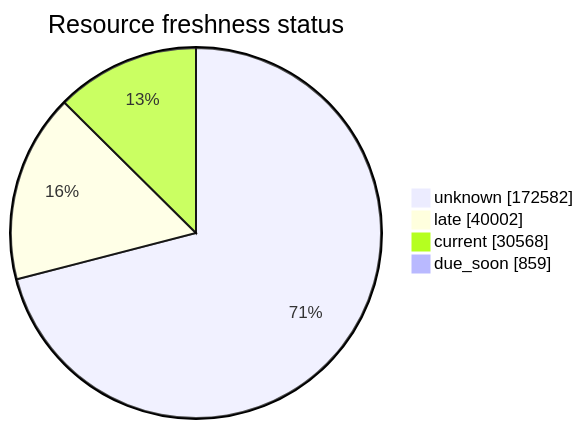
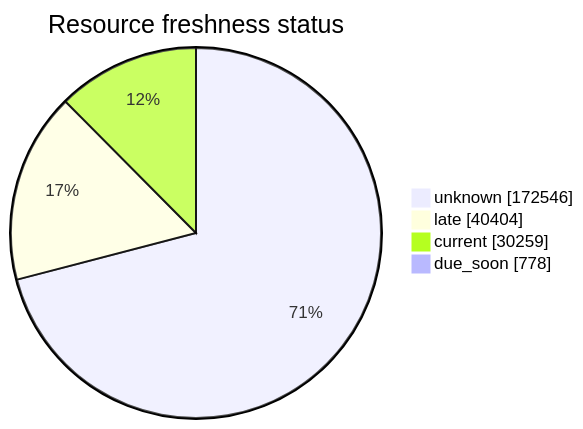
Before and after one commit to open-data/analytics-corporate-reporting: the third of 5 diagrams in FreshCheck/README.md, drawn with Mermaid. The commit also changed other lines of this file and 3 other files, not shown here.

````diff
--- a/FreshCheck/README.md
+++ b/FreshCheck/README.md
@@ -78,7 +78,7 @@
 ```mermaid
 pie showData title Resource freshness status
-    "unknown": 172582
-    "late": 40002
-    "current": 30568
-    "due_soon": 859
+    "unknown": 172546
+    "late": 40404
+    "current": 30259
+    "due_soon": 778
 ```
````
